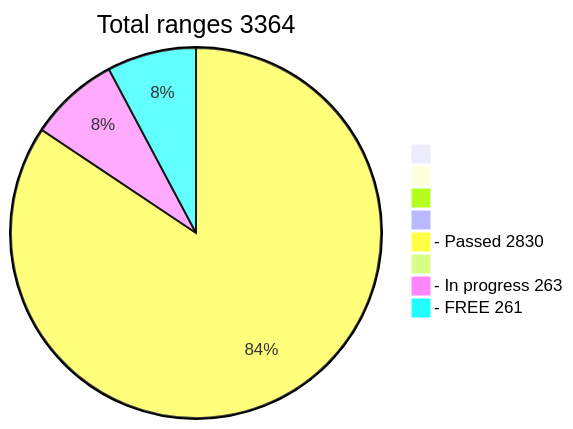
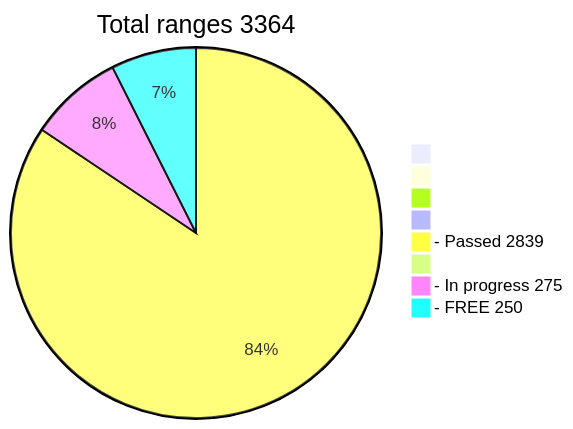
Before and after one commit to fexkayss/wif500: the diagram in README.md, drawn with Mermaid.

````diff
--- a/README.md
+++ b/README.md
@@ -16,12 +16,12 @@
 ```mermaid
 pie title Total ranges 3364
              " " : 0
             "  " : 0
            "   " : 0
           "    " : 0
-  "- Passed 2830" : 2830
+  "- Passed 2839" : 2839
          "     " : 0
-  "- In progress 263" : 263
-   "- FREE 261" : 261
+  "- In progress 275" : 275
+   "- FREE 250" : 250
    
 ```
````
